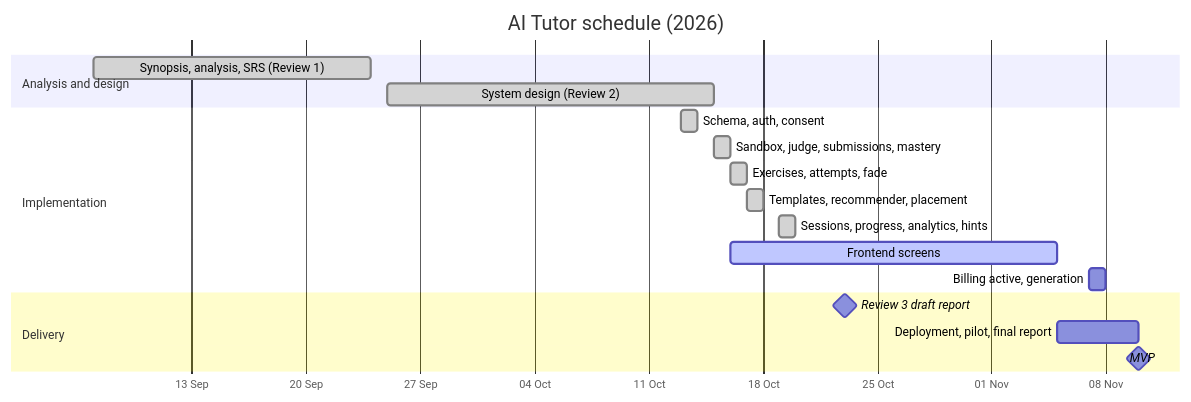
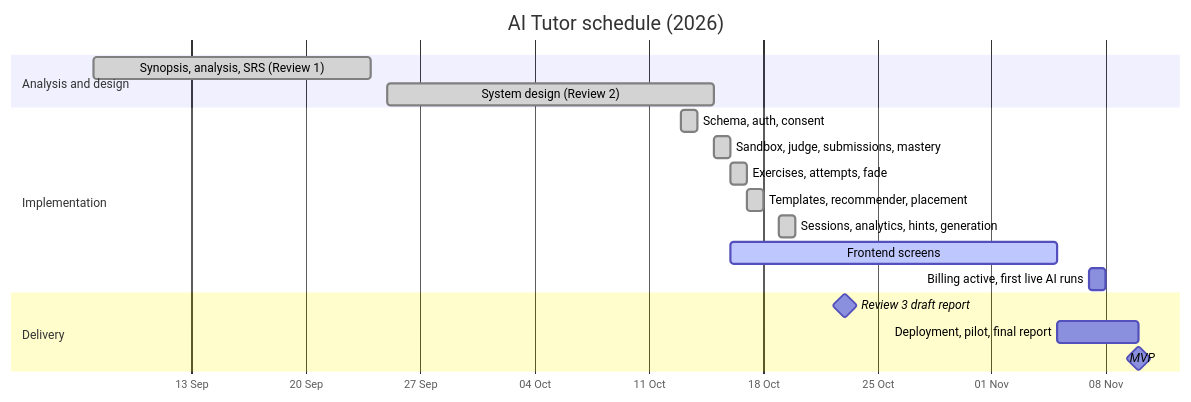
One commit to Nidanos/ai-tutor-platform changed the first of 19 diagrams in DOCS/phase-3/MP3-Draft-Report.md. Above: the diagram before and after it, drawn with Mermaid. The commit also changed other lines of this file and 1 other file, not shown here.

Commit message:
docs: update Phase 3 report for exercise generation (23/23 endpoints, 171 tests)

````diff
--- a/DOCS/phase-3/MP3-Draft-Report.md
+++ b/DOCS/phase-3/MP3-Draft-Report.md
@@ -304,21 +308,21 @@
 ```mermaid
 gantt
   title AI Tutor schedule (2026)
   dateFormat YYYY-MM-DD
   axisFormat %d %b
   section Analysis and design
   Synopsis, analysis, SRS (Review 1)   :done, a, 2026-09-07, 2026-09-24
   System design (Review 2)             :done, b, 2026-09-25, 2026-10-15
   section Implementation
   Schema, auth, consent                :done, c, 2026-10-13, 2026-10-14
   Sandbox, judge, submissions, mastery :done, e, 2026-10-15, 2026-10-16
   Exercises, attempts, fade            :done, g, 2026-10-16, 1d
   Templates, recommender, placement    :done, j, 2026-10-17, 2026-10-18
-  Sessions, progress, analytics, hints :done, l, 2026-10-19, 1d
+  Sessions, analytics, hints, generation :done, l, 2026-10-19, 1d
   Frontend screens                     :active, h, 2026-10-16, 2026-11-05
-  Billing active, generation           :i, 2026-11-07, 2026-11-08
+  Billing active, first live AI runs   :i, 2026-11-07, 2026-11-08
   section Delivery
   Review 3 draft report                :milestone, 2026-10-23, 0d
   Deployment, pilot, final report      :k, 2026-11-05, 2026-11-10
   MVP                                  :milestone, 2026-11-10, 0d
 ```
````
